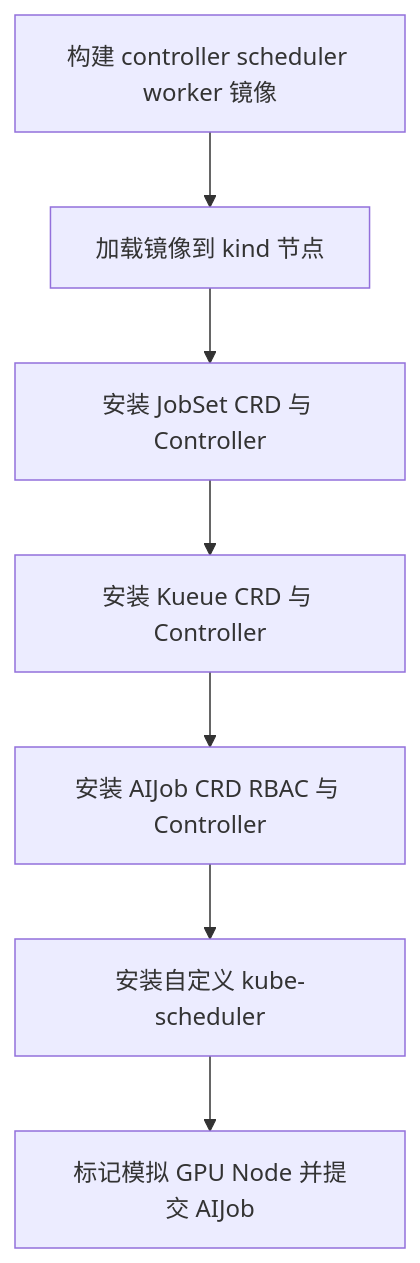
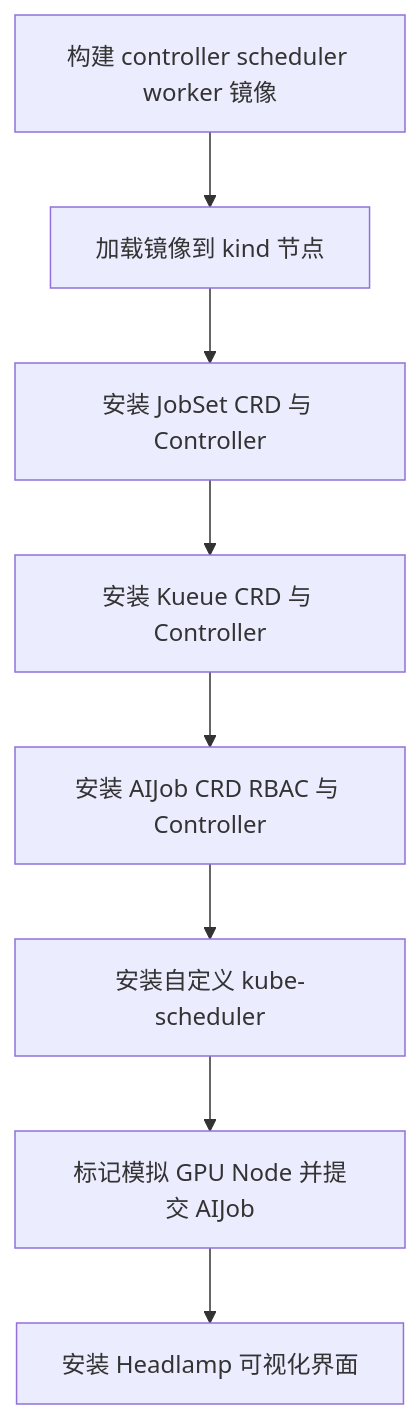
Before and after one commit to tihaya-anon/ai-infra: diagram 13 of 13 in docs/tutorial.md, drawn with Mermaid. The commit also changed other lines of this file and 5 other files, not shown here.

````diff
--- a/docs/tutorial.md
+++ b/docs/tutorial.md
@@ -961,17 +978,19 @@
 ```mermaid
 flowchart TD
     Build[构建 controller scheduler worker 镜像]
     Load[加载镜像到 kind 节点]
     JobSet[安装 JobSet CRD 与 Controller]
     Kueue[安装 Kueue CRD 与 Controller]
     AIJob[安装 AIJob CRD RBAC 与 Controller]
     Scheduler[安装自定义 kube-scheduler]
     Demo[标记模拟 GPU Node 并提交 AIJob]
+    Headlamp[安装 Headlamp 可视化界面]
 
     Build --> Load
     Load --> JobSet
     JobSet --> Kueue
     Kueue --> AIJob
     AIJob --> Scheduler
     Scheduler --> Demo
+    Demo --> Headlamp
 ```
````
